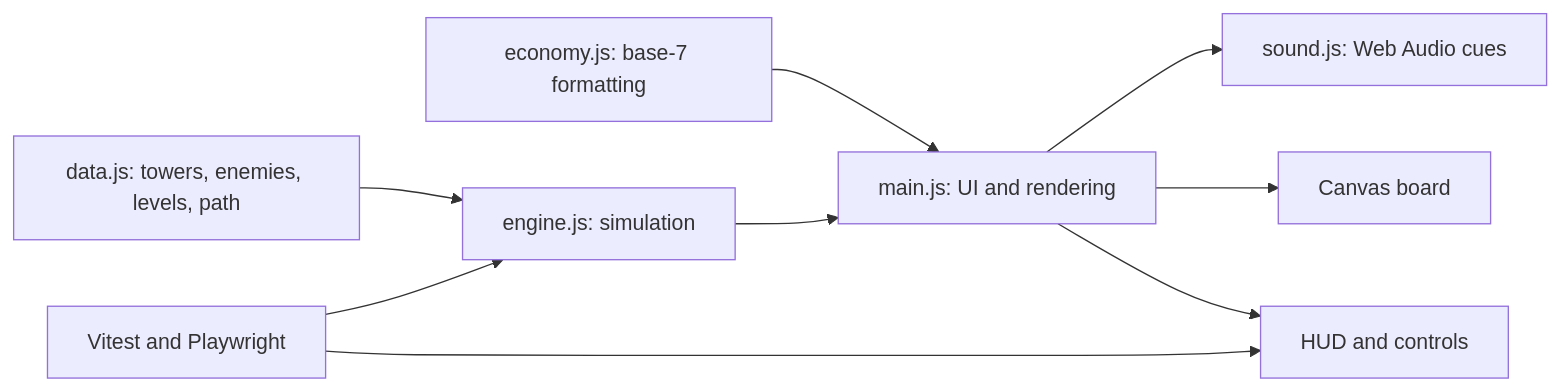
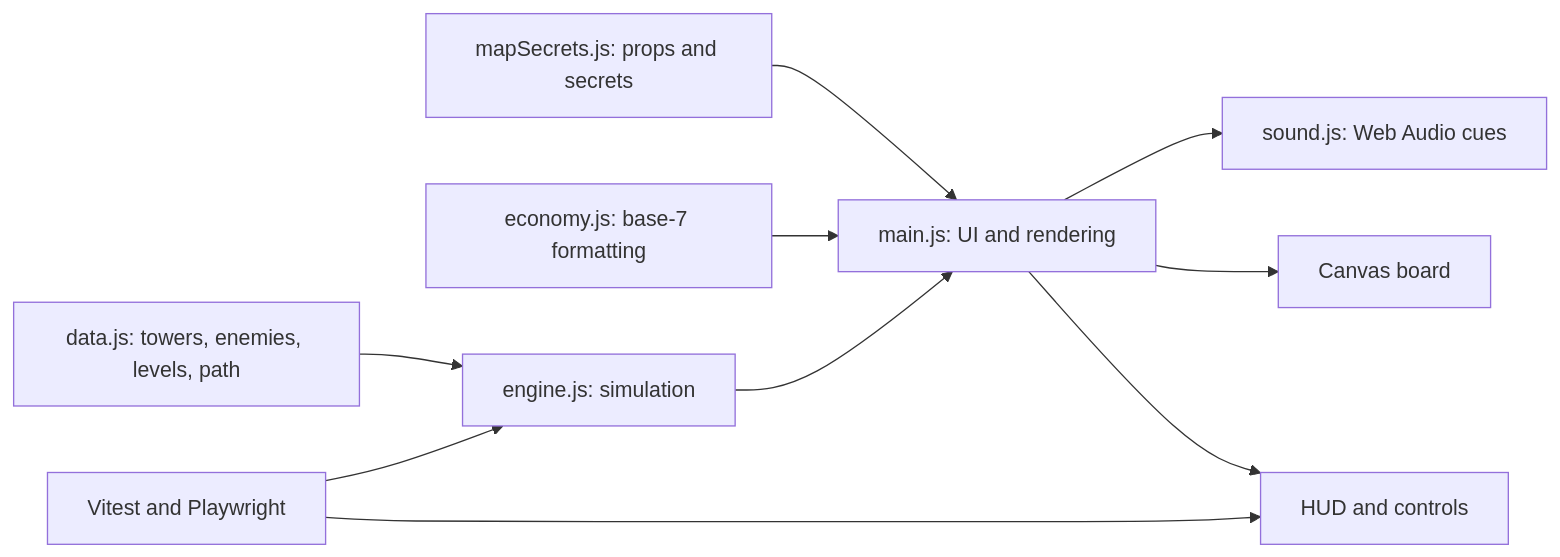
Before and after one commit to JacksonBey/Tower-Defense-game: the diagram in SYSTEM.md, drawn with Mermaid. The commit also changed other lines of this file and 13 other files, not shown here.

Commit message:
Add map secrets and tower recoil

````diff
--- a/SYSTEM.md
+++ b/SYSTEM.md
@@ -7,11 +7,12 @@
 ```mermaid
 flowchart LR
   Data["data.js: towers, enemies, levels, path"] --> Engine["engine.js: simulation"]
+  MapSecrets["mapSecrets.js: props and secrets"] --> Main
   Economy["economy.js: base-7 formatting"] --> Main["main.js: UI and rendering"]
   Engine --> Main
   Main --> Sound["sound.js: Web Audio cues"]
   Main --> Canvas["Canvas board"]
   Main --> DOM["HUD and controls"]
   Tests["Vitest and Playwright"] --> Engine
   Tests --> DOM
 ```
````
